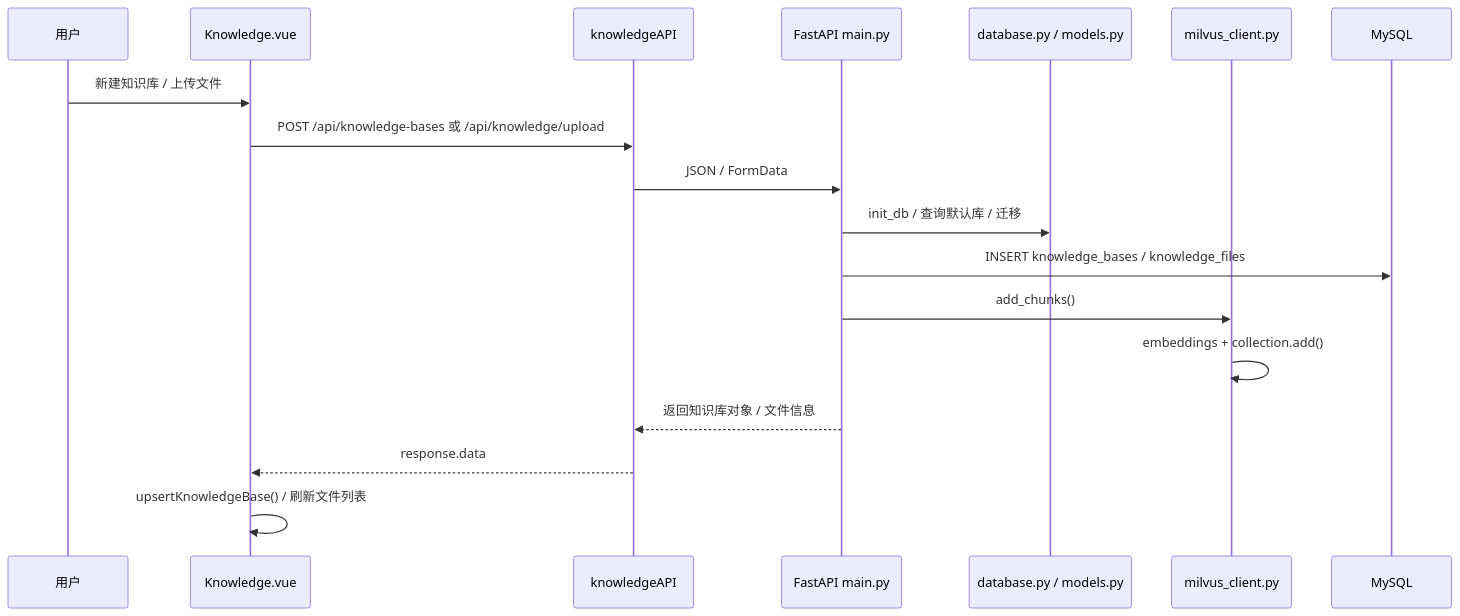
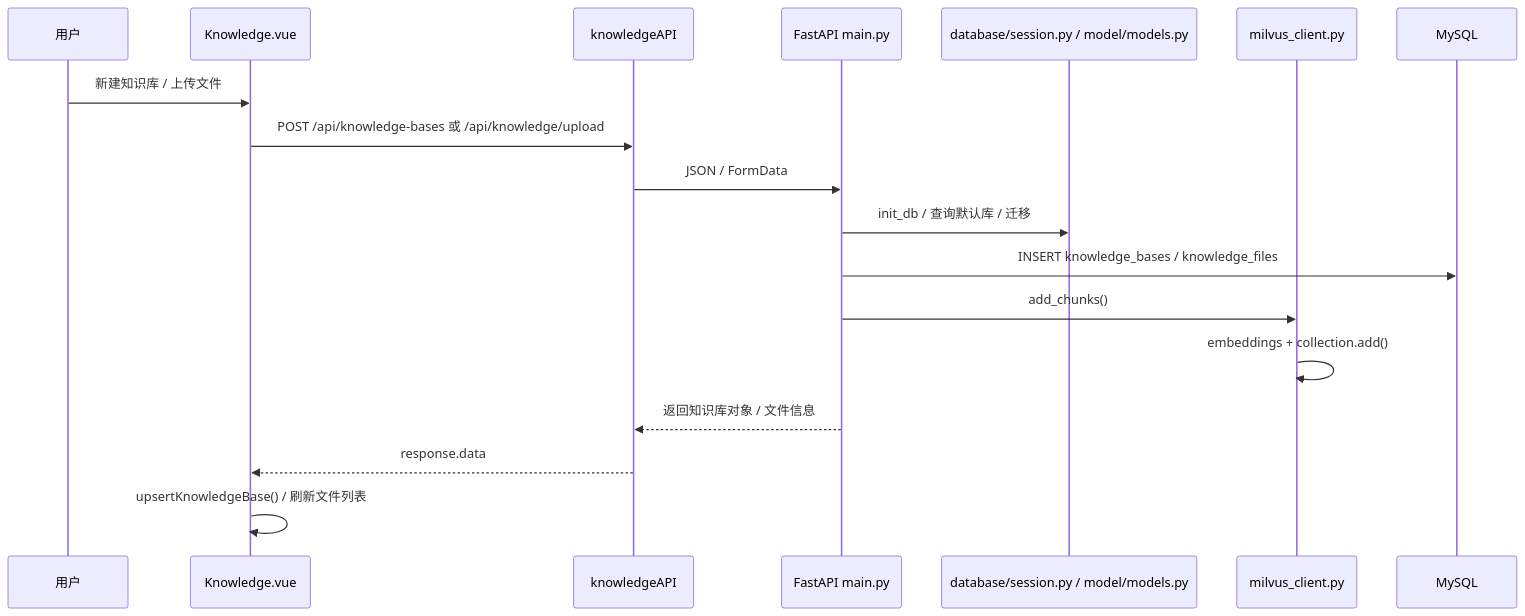
One commit to baiye-banned/Agent_about_answer changed the sixth of 8 diagrams in docs/PROJECT_ARCHITECTURE_FULL.md. Above: the diagram before and after it, drawn with Mermaid. The commit also changed other lines of this file and 3 other files, not shown here.

````diff
--- a/docs/PROJECT_ARCHITECTURE_FULL.md
+++ b/docs/PROJECT_ARCHITECTURE_FULL.md
@@ -312,21 +312,21 @@
 ```mermaid
 sequenceDiagram
   participant U as 用户
   participant K as Knowledge.vue
   participant API as knowledgeAPI
   participant B as FastAPI main.py
-  participant DB as database.py / models.py
+  participant DB as database/session.py / model/models.py
   participant C as milvus_client.py
   participant M as MySQL
 
   U->>K: 新建知识库 / 上传文件
   K->>API: POST /api/knowledge-bases 或 /api/knowledge/upload
   API->>B: JSON / FormData
   B->>DB: init_db / 查询默认库 / 迁移
   B->>M: INSERT knowledge_bases / knowledge_files
   B->>C: add_chunks()
   C->>C: embeddings + collection.add()
   B-->>API: 返回知识库对象 / 文件信息
   API-->>K: response.data
   K->>K: upsertKnowledgeBase() / 刷新文件列表
 ```
````
